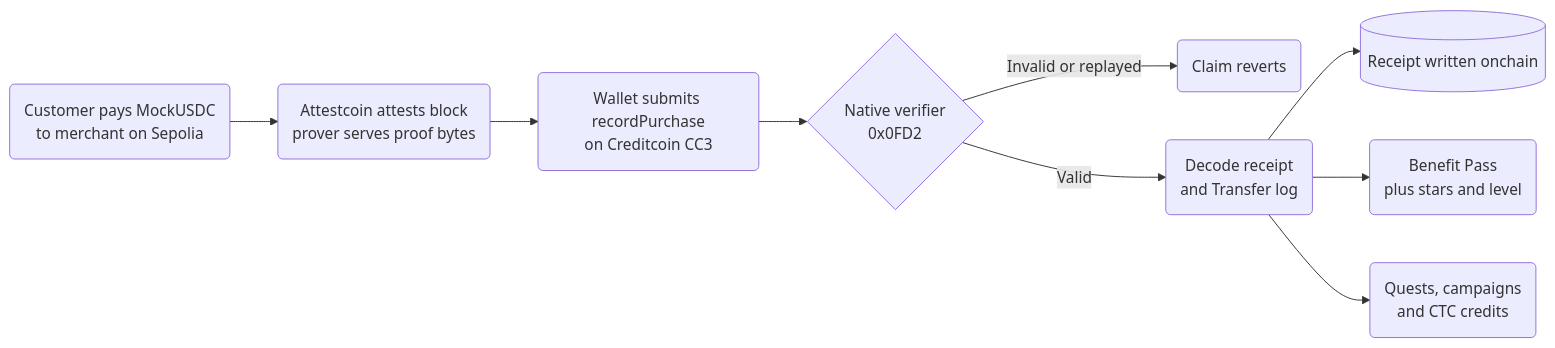
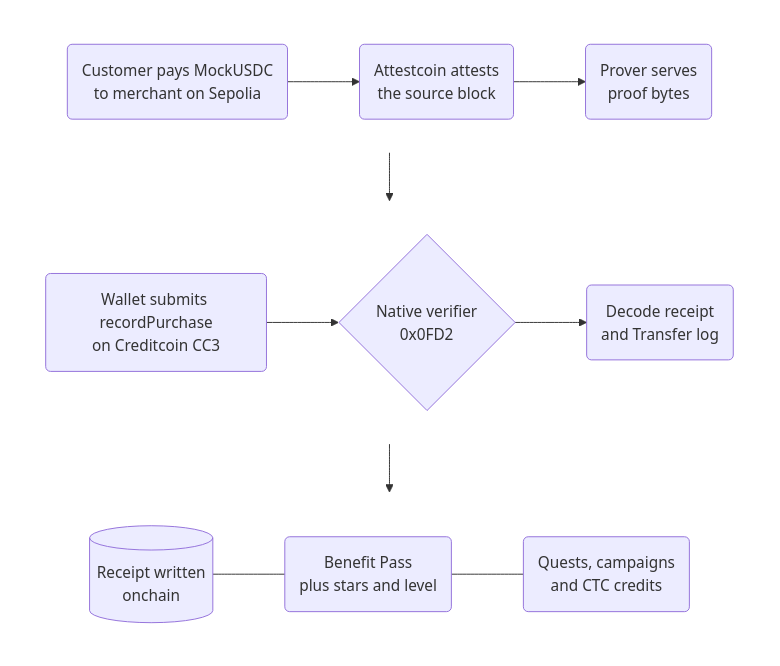
One commit to dun999/vouch changed the diagram in README.md. Above: the diagram before and after it, drawn with Mermaid.

Commit message:
Lay out workflow as horizontal rows stacked vertically

````diff
--- a/README.md
+++ b/README.md
@@ -34,11 +34,19 @@
 ```mermaid
-flowchart LR
-    A(Customer pays MockUSDC<br/>to merchant on Sepolia) --> B(Attestcoin attests block<br/>prover serves proof bytes)
-    B --> C(Wallet submits recordPurchase<br/>on Creditcoin CC3)
-    C --> D{Native verifier<br/>0x0FD2}
-    D -->|Invalid or replayed| E(Claim reverts)
-    D -->|Valid| F(Decode receipt<br/>and Transfer log)
-    F --> G[(Receipt written onchain)]
-    F --> H(Benefit Pass<br/>plus stars and level)
-    F --> I(Quests, campaigns<br/>and CTC credits)
+flowchart TB
+    subgraph r1[" "]
+        direction LR
+        A(Customer pays MockUSDC<br/>to merchant on Sepolia) --> B(Attestcoin attests<br/>the source block) --> C(Prover serves<br/>proof bytes)
+    end
+    subgraph r2[" "]
+        direction LR
+        D(Wallet submits recordPurchase<br/>on Creditcoin CC3) --> E{Native verifier<br/>0x0FD2} --> F(Decode receipt<br/>and Transfer log)
+    end
+    subgraph r3[" "]
+        direction LR
+        G[(Receipt written<br/>onchain)] --- H(Benefit Pass<br/>plus stars and level) --- I(Quests, campaigns<br/>and CTC credits)
+    end
+    r1 --> r2 --> r3
+    style r1 fill:none,stroke:none
+    style r2 fill:none,stroke:none
+    style r3 fill:none,stroke:none
 ```
````
